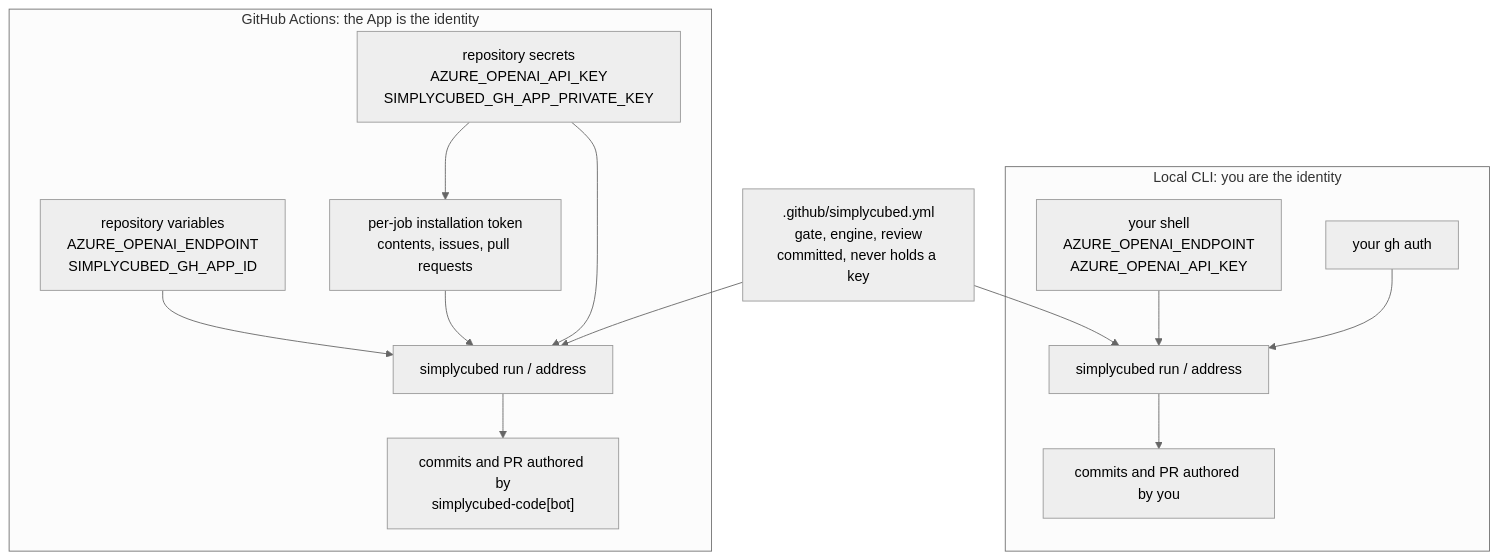
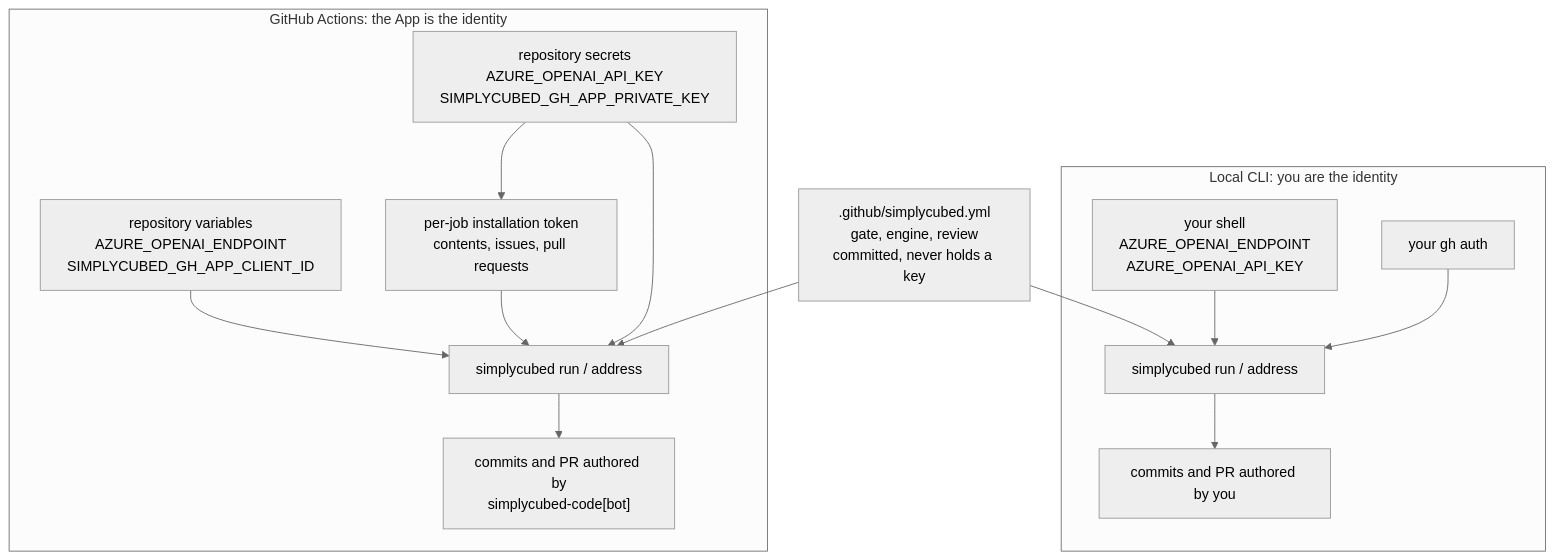
One commit to simplycubed/code changed the diagram in docs/setup.md. Above: the diagram before and after it, drawn with Mermaid (neutral theme). The commit also changed other lines of this file and 14 other files, not shown here.

````diff
--- a/docs/setup.md
+++ b/docs/setup.md
@@ -107,30 +107,30 @@
 ```mermaid
 flowchart TB
     cfg[".github/simplycubed.yml<br/>gate, engine, review<br/>committed, never holds a key"]
 
     subgraph local["Local CLI: you are the identity"]
         L1["your shell<br/>AZURE_OPENAI_ENDPOINT<br/>AZURE_OPENAI_API_KEY"]
         L2["your gh auth"]
         L3["simplycubed run / address"]
         L4["commits and PR authored by you"]
         L1 --> L3
         L2 --> L3
         L3 --> L4
     end
 
     subgraph actions["GitHub Actions: the App is the identity"]
-        A1["repository variables<br/>AZURE_OPENAI_ENDPOINT<br/>SIMPLYCUBED_GH_APP_ID"]
+        A1["repository variables<br/>AZURE_OPENAI_ENDPOINT<br/>SIMPLYCUBED_GH_APP_CLIENT_ID"]
         A2["repository secrets<br/>AZURE_OPENAI_API_KEY<br/>SIMPLYCUBED_GH_APP_PRIVATE_KEY"]
         A3["per-job installation token<br/>contents, issues, pull requests"]
         A4["simplycubed run / address"]
         A5["commits and PR authored by<br/>simplycubed-code[bot]"]
         A2 --> A3
         A1 --> A4
         A2 --> A4
         A3 --> A4
         A4 --> A5
     end
 
     cfg --> L3
     cfg --> A4
 ```
````
